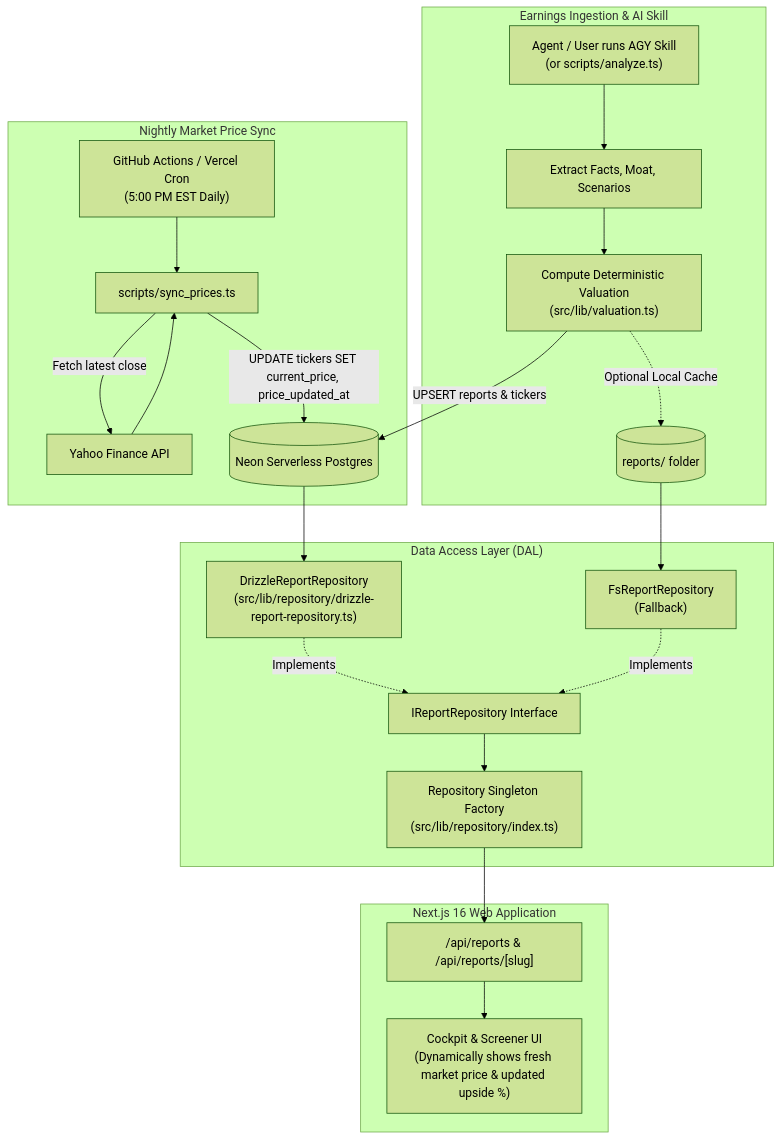
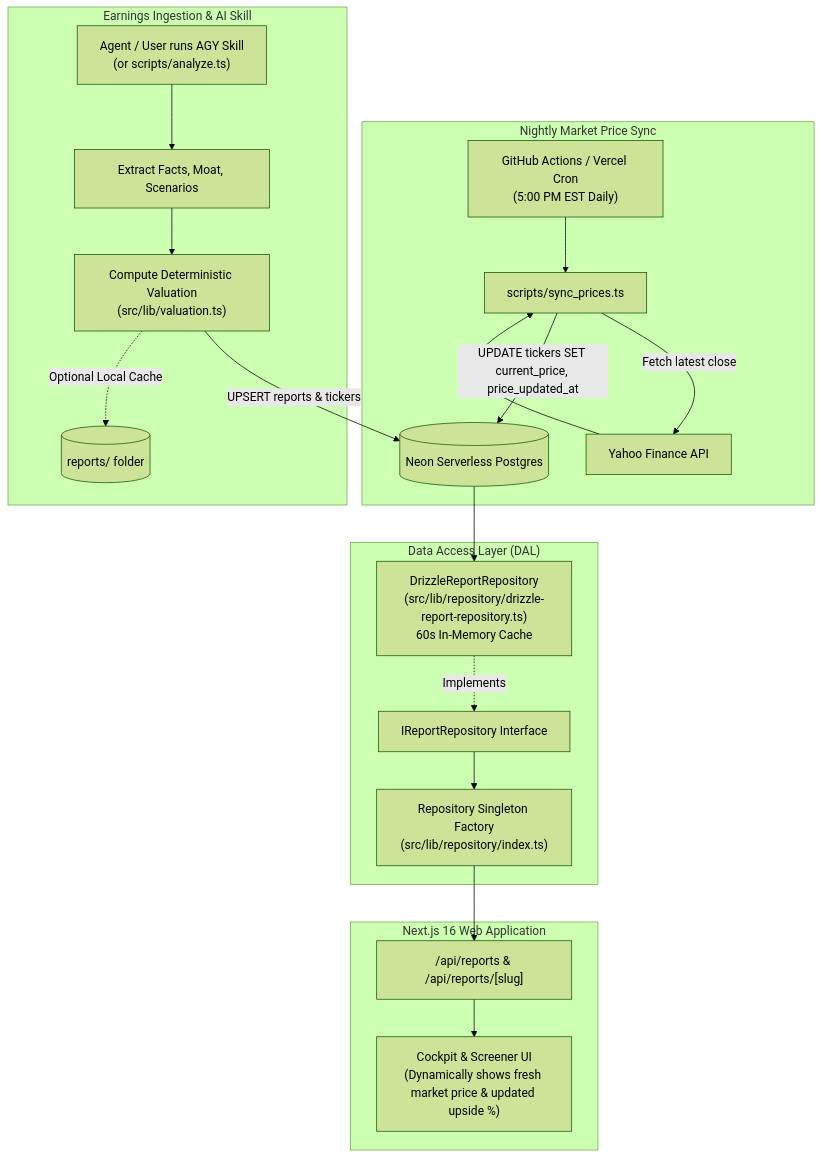
The diagram in docs/spec-neon-drizzle.md (phanturne/stress-alpha), drawn with Mermaid (forest theme) before and after one commit. The commit also changed other lines of this file and 2 other files, not shown here.

Commit message:
docs: update architecture and specifications to reflect direct Neon DB & server caching

````diff
--- a/docs/spec-neon-drizzle.md
+++ b/docs/spec-neon-drizzle.md
@@ -25,28 +25,27 @@
 ```mermaid
 flowchart TB
     subgraph MarketData["Nightly Market Price Sync"]
         A["GitHub Actions / Vercel Cron\n(5:00 PM EST Daily)"] --> B["scripts/sync_prices.ts"]
         B -->|"Fetch latest close"| C["Yahoo Finance API"]
         C --> B
         B -->|"UPDATE tickers SET current_price, price_updated_at"| D[("Neon Serverless Postgres")]
     end
 
     subgraph EarningsPipeline["Earnings Ingestion & AI Skill"]
         E["Agent / User runs AGY Skill\n(or scripts/analyze.ts)"] --> F["Extract Facts, Moat, Scenarios"]
         F --> G["Compute Deterministic Valuation\n(src/lib/valuation.ts)"]
         G -->|"UPSERT reports & tickers"| D
         G -.->|"Optional Local Cache"| H[("reports/ folder")]
     end
 
     subgraph DataAccessLayer["Data Access Layer (DAL)"]
-        D --> I["DrizzleReportRepository\n(src/lib/repository/drizzle-report-repository.ts)"]
-        H --> J["FsReportRepository\n(Fallback)"]
-        I & J -.->|"Implements"| K["IReportRepository Interface"]
+        D --> I["DrizzleReportRepository\n(src/lib/repository/drizzle-report-repository.ts)\n60s In-Memory Cache"]
+        I -.->|"Implements"| K["IReportRepository Interface"]
         K --> L["Repository Singleton Factory\n(src/lib/repository/index.ts)"]
     end
 
     subgraph Presentation["Next.js 16 Web Application"]
         L --> M["/api/reports & /api/reports/[slug]"]
         M --> N["Cockpit & Screener UI\n(Dynamically shows fresh market price & updated upside %)"]
     end
 ```
````
